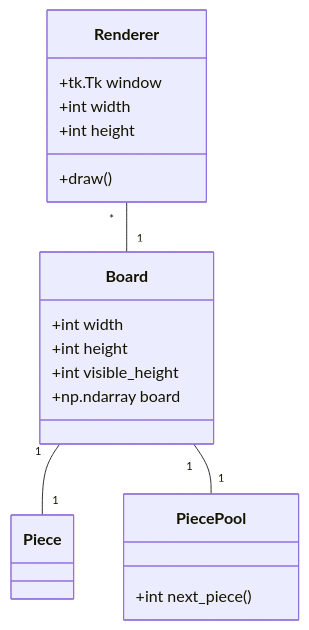
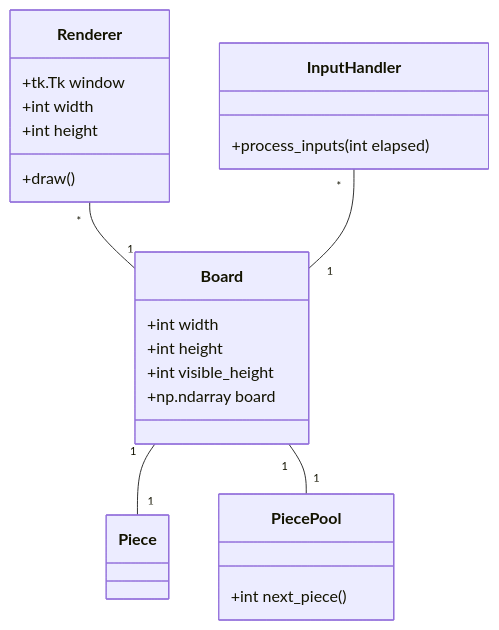
Before and after one commit to ossi-hy/ot-harjoitustyo: the diagram in dokumentaatio/arkkitehtuuri.md, drawn with Mermaid. The commit also changed 3 other files, not shown here.

````diff
--- a/dokumentaatio/arkkitehtuuri.md
+++ b/dokumentaatio/arkkitehtuuri.md
@@ -3,25 +3,29 @@
 ```mermaid
 classDiagram
 
     class Board {
         +int width
         +int height
         +int visible_height
         +np.ndarray board
     }
     class PiecePool {
         +int next_piece()
     }
     class Piece
     class Renderer {
         +tk.Tk window
         +int width
         +int height
         +draw()
     }
+    class InputHandler {
+        +process_inputs(int elapsed)
+    }
 
     Board "1" -- "1" Piece
     Board "1" -- "1" PiecePool
     Renderer "*" -- "1" Board
+    InputHandler "*" -- "1" Board
 
 ```
````
